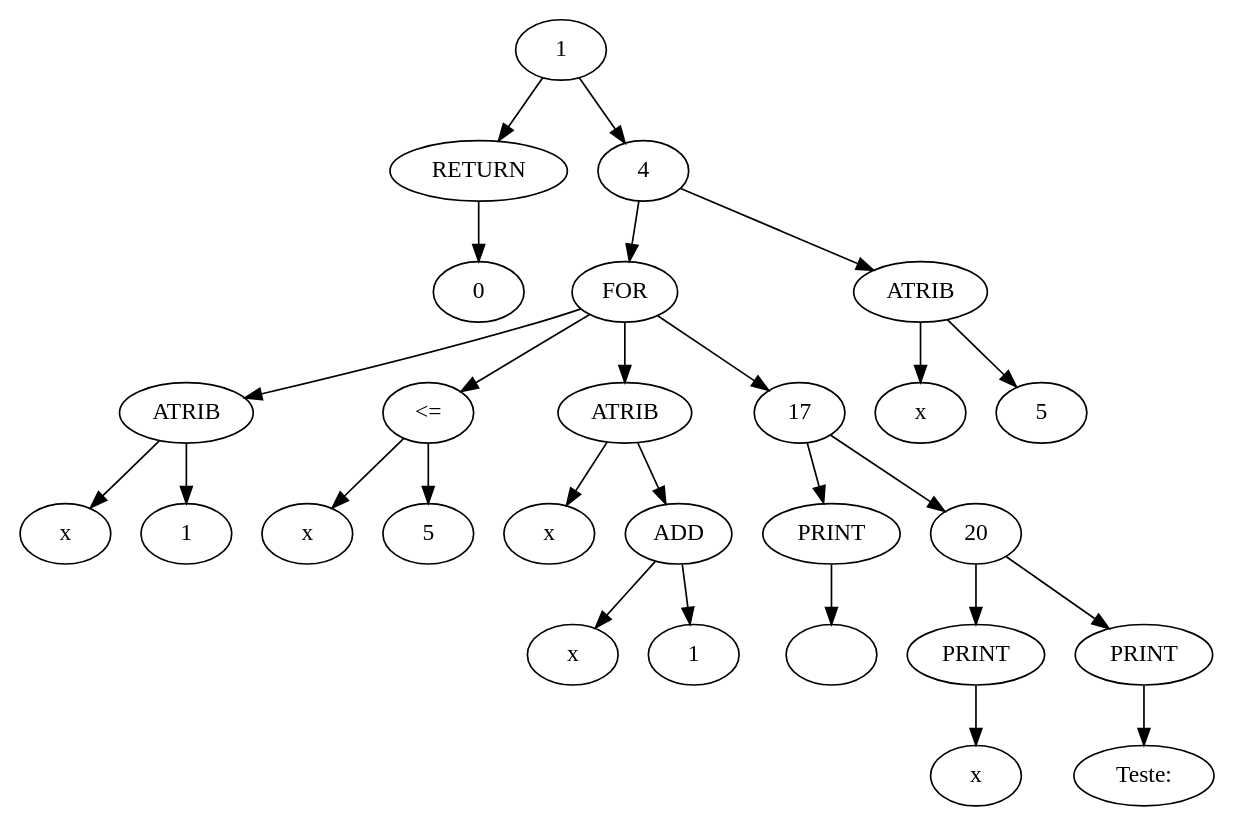
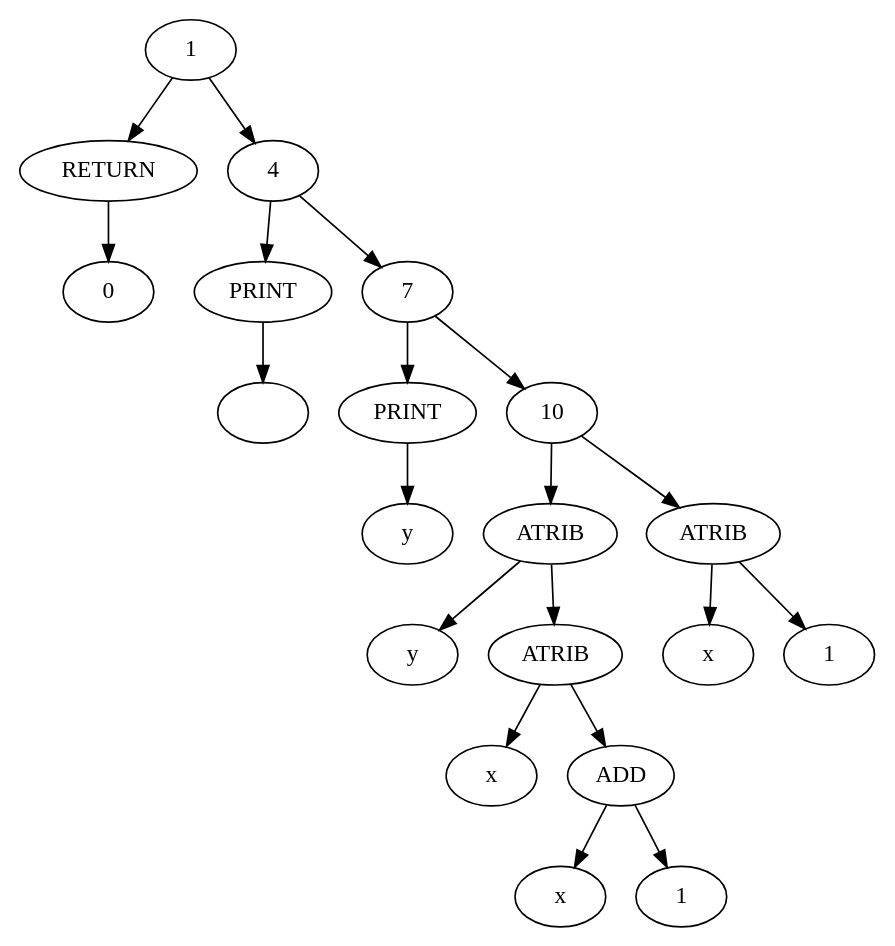
Before and after one commit to Kanchii/COM: the diagram in graph.dot, drawn with Graphviz. The commit also changed 8 other files, not shown here.

```diff
--- a/graph.dot
+++ b/graph.dot
@@ -1,51 +1,37 @@
 digraph G {
 	2 [label = "RETURN"];
 	3 [label = "0"];
-	5 [label = "FOR"];
-	6 [label = "ATRIB"];
-	7 [label = "x"];
-	8 [label = "1"];
-	9 [label = "<="];
-	10 [label = "x"];
-	11 [label = "5"];
-	12 [label = "ATRIB"];
-	13 [label = "x"];
-	14 [label = "ADD"];
-	15 [label = "x"];
-	16 [label = "1"];
-	18 [label = "PRINT"];
-	19 [label = "\n"];
-	21 [label = "PRINT"];
-	22 [label = "x"];
-	23 [label = "PRINT"];
-	24 [label = "Teste: "];
-	25 [label = "ATRIB"];
-	26 [label = "x"];
-	27 [label = "5"];
+	5 [label = "PRINT"];
+	6 [label = "\n"];
+	8 [label = "PRINT"];
+	9 [label = "y"];
+	11 [label = "ATRIB"];
+	12 [label = "y"];
+	13 [label = "ATRIB"];
+	14 [label = "x"];
+	15 [label = "ADD"];
+	16 [label = "x"];
+	17 [label = "1"];
+	18 [label = "ATRIB"];
+	19 [label = "x"];
+	20 [label = "1"];
 	1 -> 2;
 	2 -> 3;
 	1 -> 4;
 	4 -> 5;
 	5 -> 6;
-	6 -> 7;
-	6 -> 8;
-	5 -> 9;
-	9 -> 10;
-	9 -> 11;
-	5 -> 12;
-	12 -> 13;
-	12 -> 14;
-	14 -> 15;
-	14 -> 16;
-	5 -> 17;
-	17 -> 18;
+	4 -> 7;
+	7 -> 8;
+	8 -> 9;
+	7 -> 10;
+	10 -> 11;
+	11 -> 12;
+	11 -> 13;
+	13 -> 14;
+	13 -> 15;
+	15 -> 16;
+	15 -> 17;
+	10 -> 18;
 	18 -> 19;
-	17 -> 20;
-	20 -> 21;
-	21 -> 22;
-	20 -> 23;
-	23 -> 24;
-	4 -> 25;
-	25 -> 26;
-	25 -> 27;
+	18 -> 20;
 }
```
